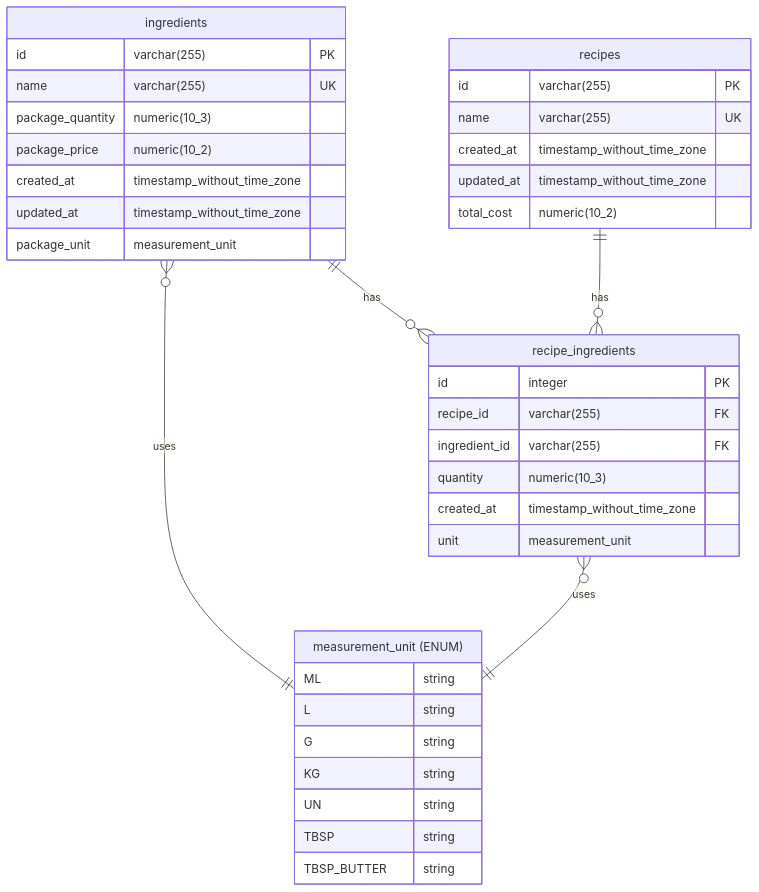
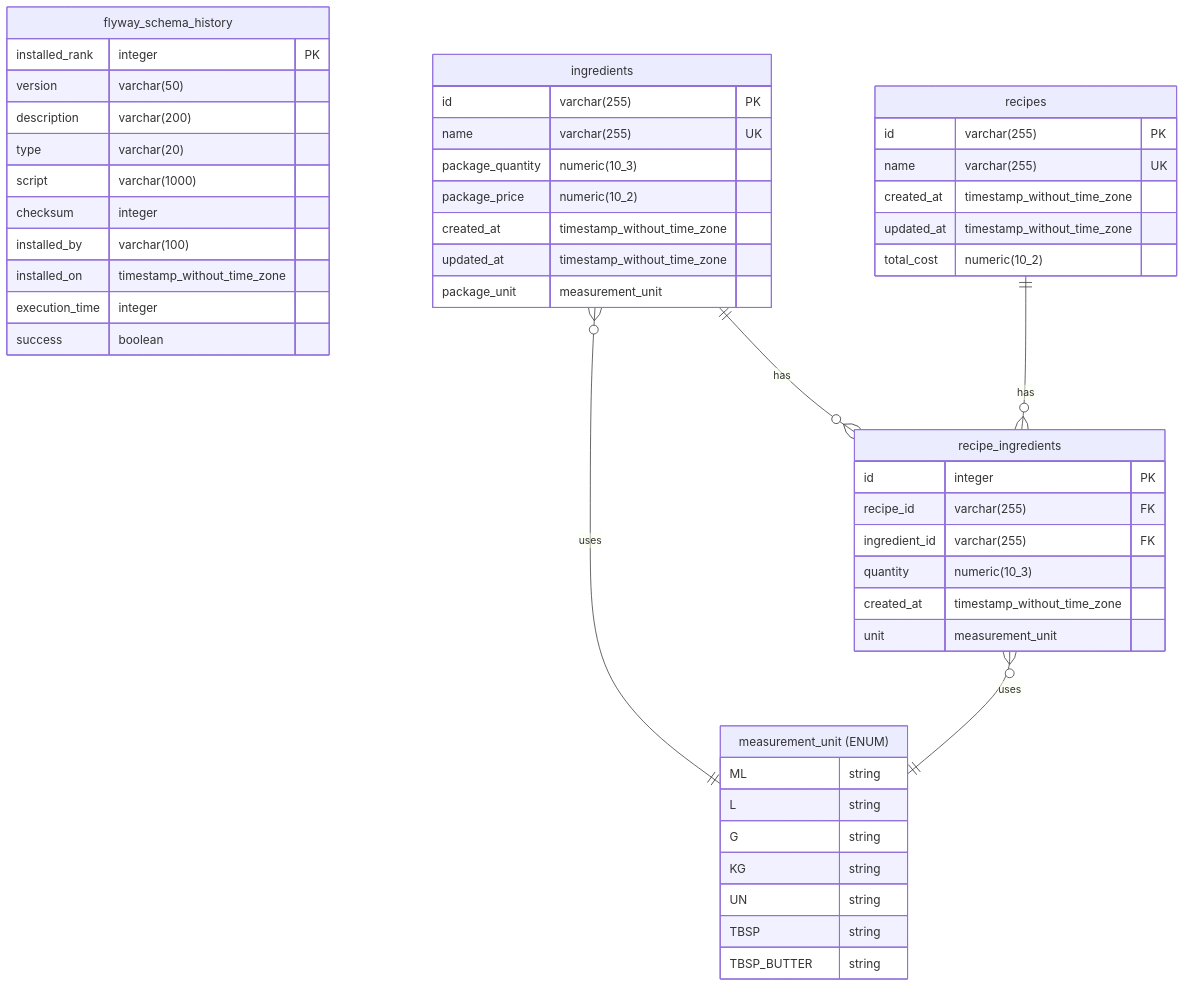
The diagram in docs/database-er-diagram.mmd (ViniciusDev26/costify), drawn with Mermaid before and after one commit. The commit also changed 1 other file, not shown here.

Commit message:
📊 update database ER diagram and documentation [skip ci]

```diff
--- a/docs/database-er-diagram.mmd
+++ b/docs/database-er-diagram.mmd
@@ -1,44 +1,57 @@
 erDiagram
 
     "measurement_unit (ENUM)" {
         ML string
         L string
         G string
         KG string
         UN string
         TBSP string
         TBSP_BUTTER string
+    }
+
+    flyway_schema_history {
+        installed_rank integer PK
+        version varchar(50)
+        description varchar(200)
+        type varchar(20)
+        script varchar(1000)
+        checksum integer
+        installed_by varchar(100)
+        installed_on timestamp_without_time_zone
+        execution_time integer
+        success boolean
     }
 
     ingredients {
         id varchar(255) PK
         name varchar(255) UK
         package_quantity numeric(10_3)
         package_price numeric(10_2)
         created_at timestamp_without_time_zone
         updated_at timestamp_without_time_zone
         package_unit measurement_unit
     }
 
     recipe_ingredients {
         id integer PK
         recipe_id varchar(255) FK
         ingredient_id varchar(255) FK
         quantity numeric(10_3)
         created_at timestamp_without_time_zone
         unit measurement_unit
     }
 
     recipes {
         id varchar(255) PK
         name varchar(255) UK
         created_at timestamp_without_time_zone
         updated_at timestamp_without_time_zone
         total_cost numeric(10_2)
     }
 
     ingredients ||--o{ recipe_ingredients : "has"
     recipes ||--o{ recipe_ingredients : "has"
 
     ingredients }o--|| "measurement_unit (ENUM)" : "uses"
     recipe_ingredients }o--|| "measurement_unit (ENUM)" : "uses"
```
